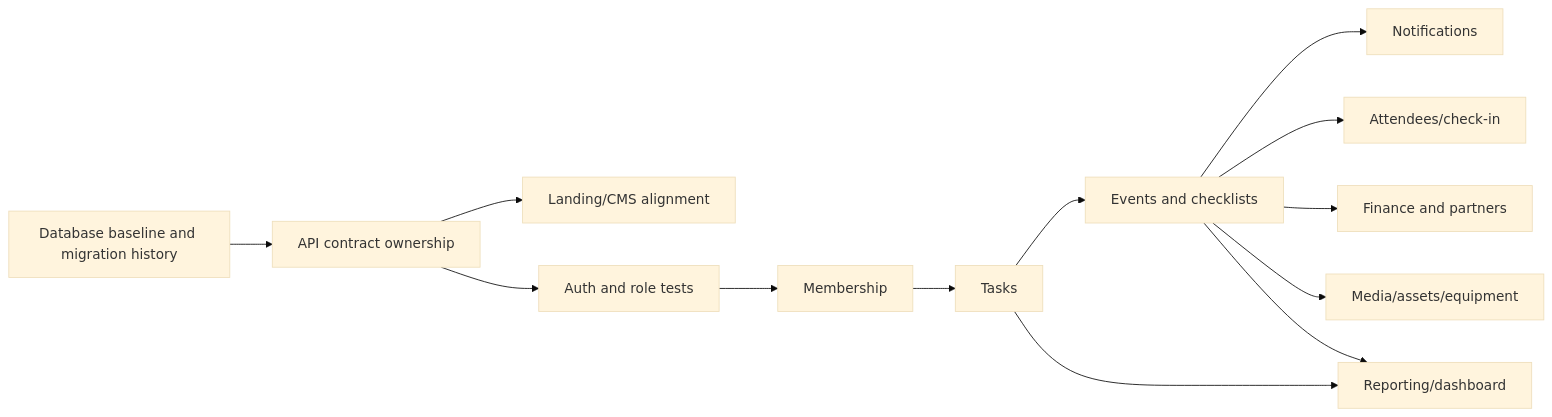
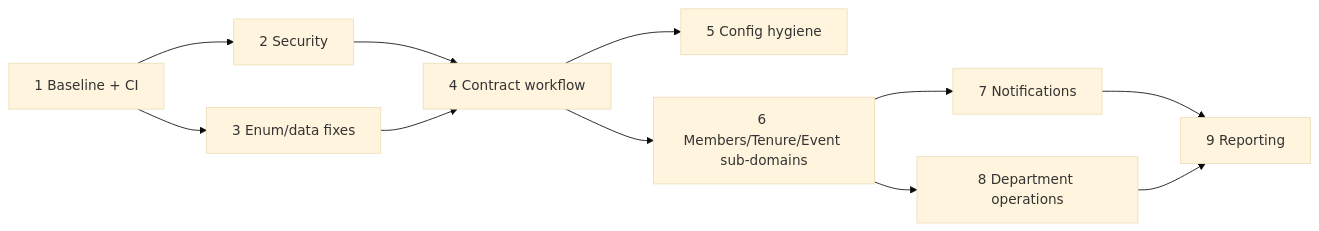
The diagram in docs/master-plan.md (NGUYENTHANHDATHH/NEU-Debate-Club), drawn with Mermaid (base theme) before and after one commit. The commit also changed other lines of this file and 18 other files, not shown here.

````diff
--- a/docs/master-plan.md
+++ b/docs/master-plan.md
@@ -36,15 +73,13 @@
 ```mermaid
 flowchart LR
-  Baseline[Database baseline and migration history] --> Contract[API contract ownership]
-  Contract --> Landing[Landing/CMS alignment]
-  Contract --> Auth[Auth and role tests]
-  Auth --> Members[Membership]
-  Members --> Tasks[Tasks]
-  Tasks --> Events[Events and checklists]
-  Events --> Notifications[Notifications]
-  Events --> CheckIn[Attendees/check-in]
-  Events --> Finance[Finance and partners]
-  Events --> Media[Media/assets/equipment]
-  Tasks --> Reporting[Reporting/dashboard]
-  Events --> Reporting
+  S1[1 Baseline + CI] --> S2[2 Security]
+  S1 --> S3[3 Enum/data fixes]
+  S2 --> S4[4 Contract workflow]
+  S3 --> S4
+  S4 --> S5[5 Config hygiene]
+  S4 --> S6[6 Members/Tenure/Event sub-domains]
+  S6 --> S7[7 Notifications]
+  S6 --> S8[8 Department operations]
+  S7 --> S9[9 Reporting]
+  S8 --> S9
 ```
````
